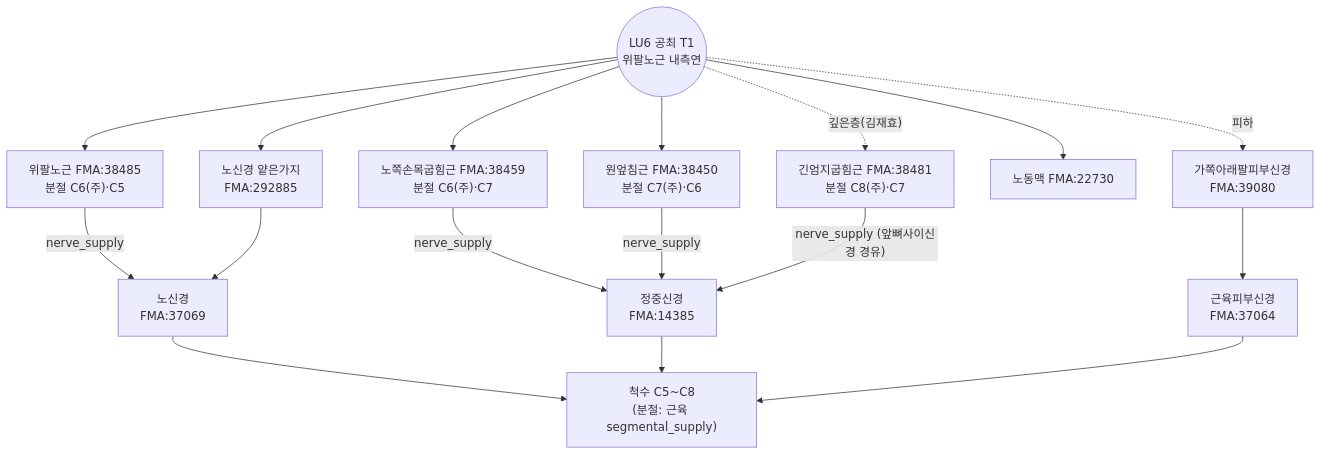
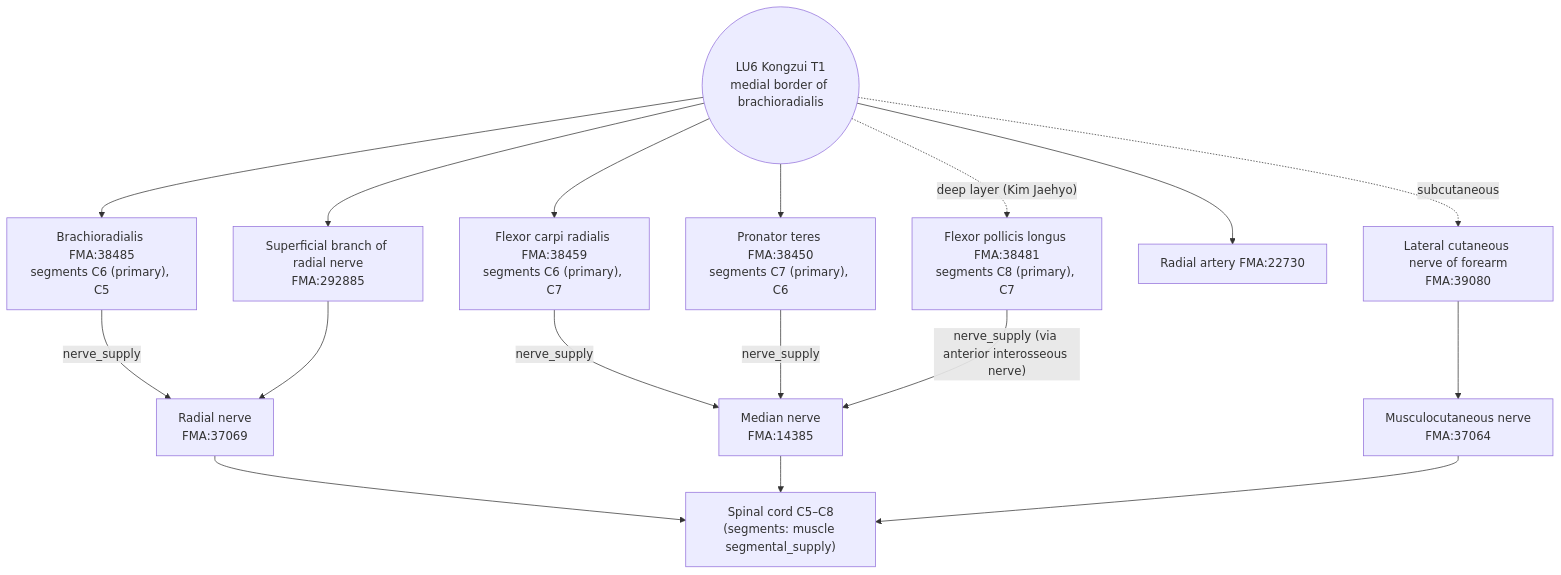
Before and after one commit to jaehyokim-sketch/acupoint_anatomy: the diagram in 01_경혈별_해부생리_분석보고서/LU_수태음폐경/LU06_공최/LU06_공최_해부생리_실체판명_보고서_en.md, drawn with Mermaid. The commit also changed other lines of this file and 199 other files, not shown here.

````diff
--- a/01_경혈별_해부생리_분석보고서/LU_수태음폐경/LU06_공최/LU06_공최_해부생리_실체판명_보고서_en.md
+++ b/01_경혈별_해부생리_분석보고서/LU_수태음폐경/LU06_공최/LU06_공최_해부생리_실체판명_보고서_en.md
@@ -245,19 +246,19 @@
 ```mermaid
 flowchart TB
-  P(("LU6 공최 T1<br/>위팔노근 내측연")) -.피하.-> LAC["가쪽아래팔피부신경<br/>FMA:39080"]
-  P --> BR["위팔노근 FMA:38485<br/>분절 C6(주)·C5"]
-  P --> FCR["노쪽손목굽힘근 FMA:38459<br/>분절 C6(주)·C7"]
-  P --> PT["원엎침근 FMA:38450<br/>분절 C7(주)·C6"]
-  P --> SBR["노신경 얕은가지<br/>FMA:292885"]
-  P --> RA["노동맥 FMA:22730"]
-  P -. "깊은층(김재효)" .-> FPL["긴엄지굽힘근 FMA:38481<br/>분절 C8(주)·C7"]
-  BR -- nerve_supply --> RN["노신경<br/>FMA:37069"]
+  P(("LU6 Kongzui T1<br/>medial border of brachioradialis")) -.subcutaneous.-> LAC["Lateral cutaneous nerve of forearm<br/>FMA:39080"]
+  P --> BR["Brachioradialis FMA:38485<br/>segments C6 (primary), C5"]
+  P --> FCR["Flexor carpi radialis FMA:38459<br/>segments C6 (primary), C7"]
+  P --> PT["Pronator teres FMA:38450<br/>segments C7 (primary), C6"]
+  P --> SBR["Superficial branch of radial nerve<br/>FMA:292885"]
+  P --> RA["Radial artery FMA:22730"]
+  P -. "deep layer (Kim Jaehyo)" .-> FPL["Flexor pollicis longus FMA:38481<br/>segments C8 (primary), C7"]
+  BR -- nerve_supply --> RN["Radial nerve<br/>FMA:37069"]
   SBR --> RN
-  FCR -- nerve_supply --> MN["정중신경<br/>FMA:14385"]
+  FCR -- nerve_supply --> MN["Median nerve<br/>FMA:14385"]
   PT -- nerve_supply --> MN
-  FPL -- "nerve_supply (앞뼈사이신경 경유)" --> MN
-  LAC --> MC["근육피부신경<br/>FMA:37064"]
-  RN --> SEG["척수 C5~C8<br/>(분절: 근육 segmental_supply)"]
+  FPL -- "nerve_supply (via anterior interosseous nerve)" --> MN
+  LAC --> MC["Musculocutaneous nerve<br/>FMA:37064"]
+  RN --> SEG["Spinal cord C5–C8<br/>(segments: muscle segmental_supply)"]
   MN --> SEG
   MC --> SEG
 ```
````
